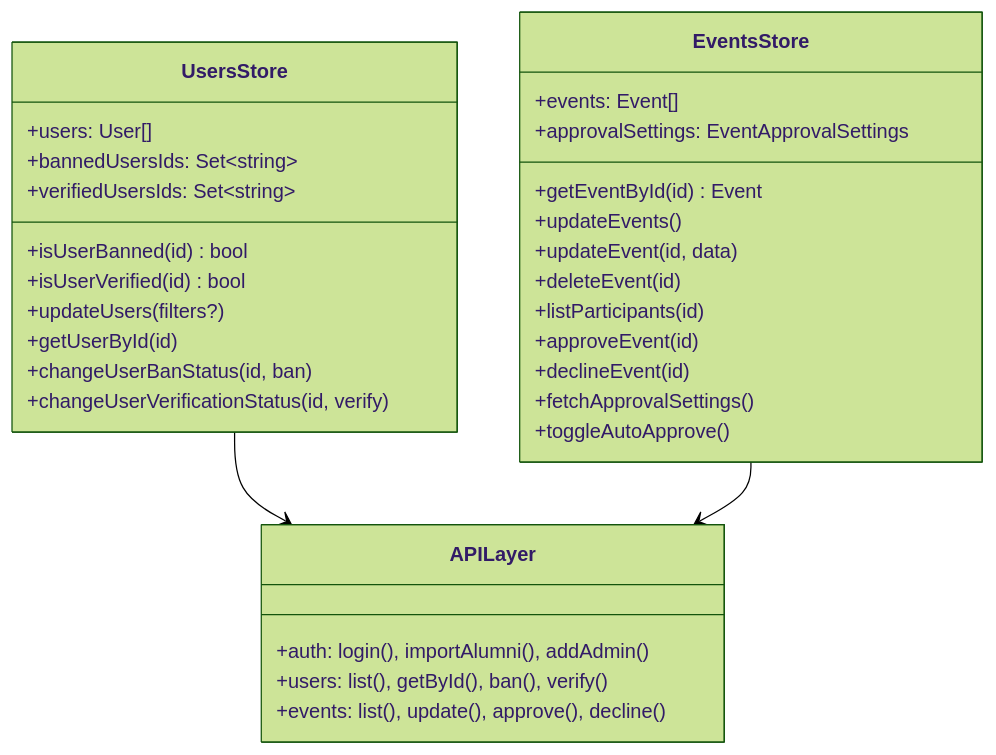
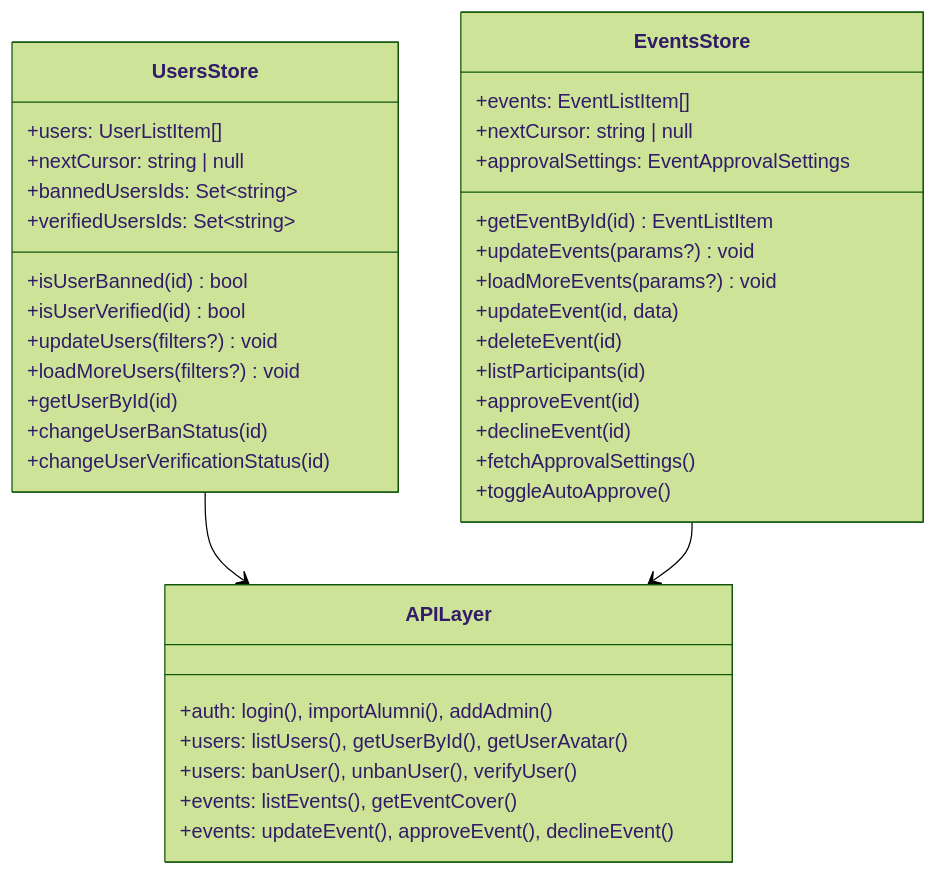
Before and after one commit to iu-alumni/docs: the fourth of 5 diagrams in src/technical/frontend.md, drawn with Mermaid (forest theme). The commit also changed other lines of this file and 1 other file, not shown here.

````diff
--- a/src/technical/frontend.md
+++ b/src/technical/frontend.md
@@ -136,37 +140,43 @@
 ```mermaid
 classDiagram
     class UsersStore {
-        +users: User[]
+        +users: UserListItem[]
+        +nextCursor: string | null
         +bannedUsersIds: Set~string~
         +verifiedUsersIds: Set~string~
         +isUserBanned(id) bool
         +isUserVerified(id) bool
-        +updateUsers(filters?)
+        +updateUsers(filters?) void
+        +loadMoreUsers(filters?) void
         +getUserById(id)
-        +changeUserBanStatus(id, ban)
-        +changeUserVerificationStatus(id, verify)
+        +changeUserBanStatus(id)
+        +changeUserVerificationStatus(id)
     }
 
     class EventsStore {
-        +events: Event[]
+        +events: EventListItem[]
+        +nextCursor: string | null
         +approvalSettings: EventApprovalSettings
-        +getEventById(id) Event
-        +updateEvents()
+        +getEventById(id) EventListItem
+        +updateEvents(params?) void
+        +loadMoreEvents(params?) void
         +updateEvent(id, data)
         +deleteEvent(id)
         +listParticipants(id)
         +approveEvent(id)
         +declineEvent(id)
         +fetchApprovalSettings()
         +toggleAutoApprove()
     }
 
     class APILayer {
         +auth: login(), importAlumni(), addAdmin()
-        +users: list(), getById(), ban(), verify()
-        +events: list(), update(), approve(), decline()
+        +users: listUsers(), getUserById(), getUserAvatar()
+        +users: banUser(), unbanUser(), verifyUser()
+        +events: listEvents(), getEventCover()
+        +events: updateEvent(), approveEvent(), declineEvent()
     }
 
     UsersStore --> APILayer
     EventsStore --> APILayer
 ```
````
